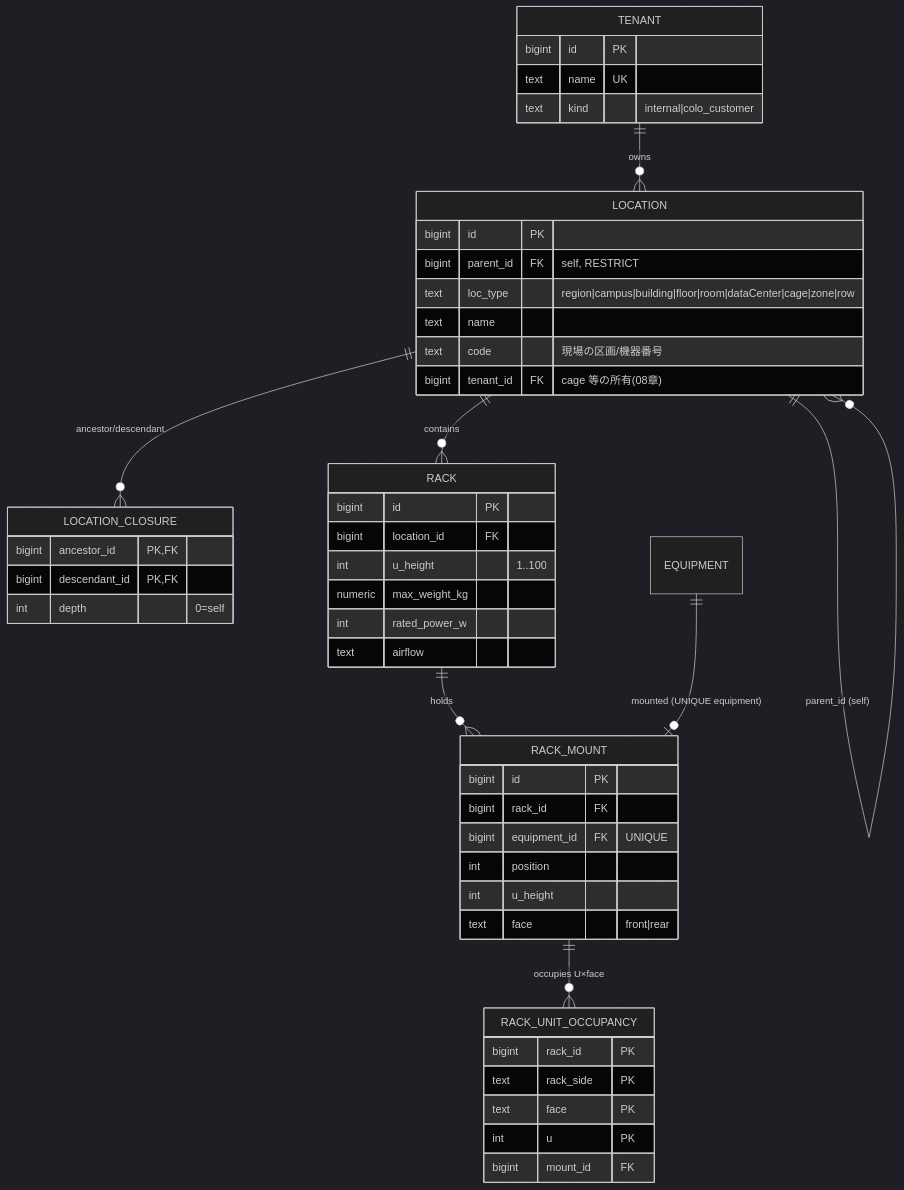
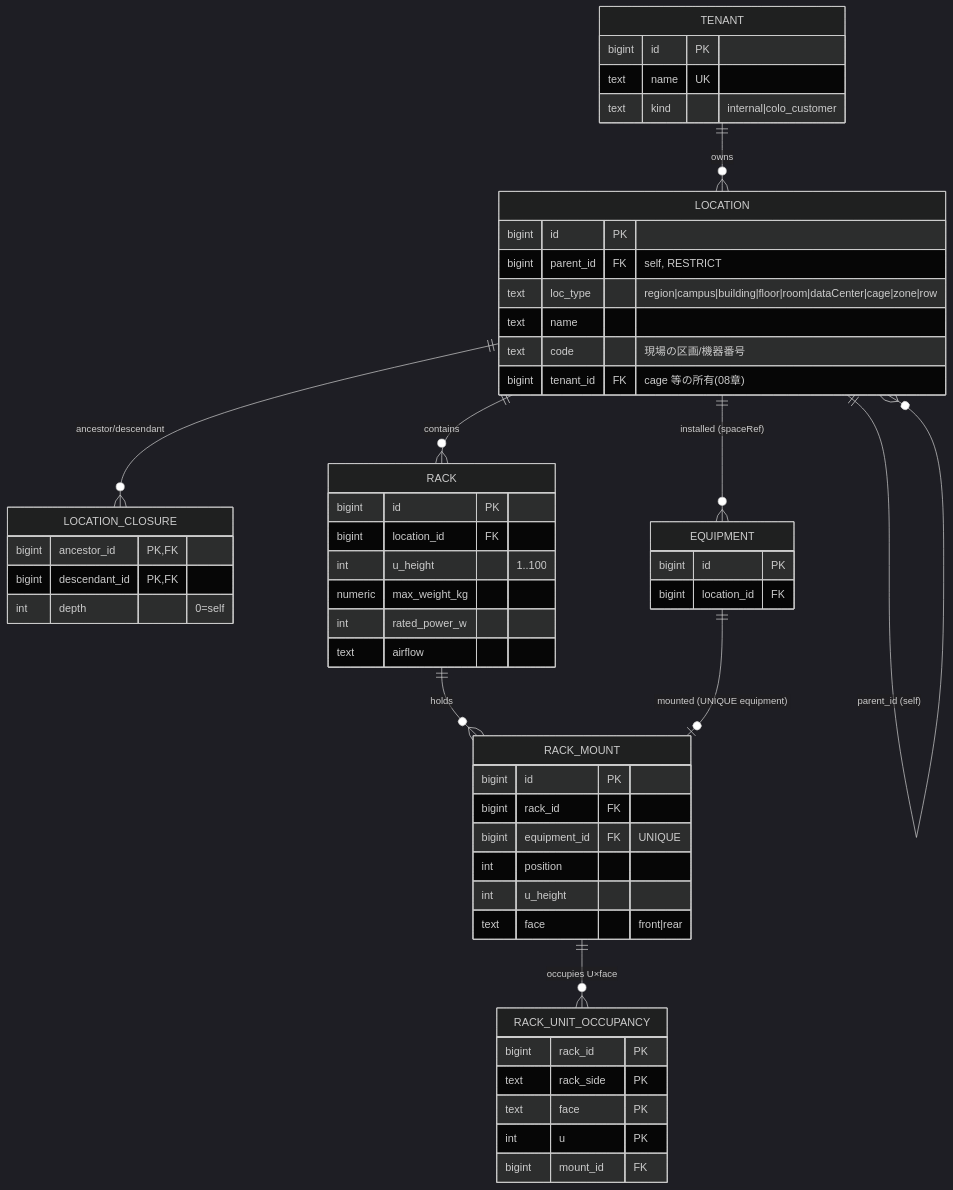
One commit to hn-11/dcim-schema-design changed the second of 9 diagrams in 03-finalists.md. Above: the diagram before and after it, drawn with Mermaid (dark theme). The commit also changed other lines of this file and 13 other files, not shown here.

````diff
--- a/03-finalists.md
+++ b/03-finalists.md
@@ -69,52 +101,57 @@
 ```mermaid
 erDiagram
     TENANT ||--o{ LOCATION : owns
     LOCATION ||--o{ LOCATION : "parent_id (self)"
     LOCATION ||--o{ LOCATION_CLOSURE : "ancestor/descendant"
     LOCATION ||--o{ RACK : contains
+    LOCATION ||--o{ EQUIPMENT : "installed (spaceRef)"
     RACK ||--o{ RACK_MOUNT : holds
     EQUIPMENT ||--o| RACK_MOUNT : "mounted (UNIQUE equipment)"
     RACK_MOUNT ||--o{ RACK_UNIT_OCCUPANCY : "occupies U×face"
 
     TENANT {
         bigint id PK
         text name UK
         text kind "internal|colo_customer"
     }
     LOCATION {
         bigint id PK
         bigint parent_id FK "self, RESTRICT"
         text loc_type "region|campus|building|floor|room|dataCenter|cage|zone|row"
         text name
         text code "現場の区画/機器番号"
         bigint tenant_id FK "cage 等の所有(08章)"
     }
     LOCATION_CLOSURE {
         bigint ancestor_id PK,FK
         bigint descendant_id PK,FK
         int depth "0=self"
     }
     RACK {
         bigint id PK
         bigint location_id FK
         int u_height "1..100"
         numeric max_weight_kg
         int rated_power_w
         text airflow
     }
+    EQUIPMENT {
+        bigint id PK
+        bigint location_id FK
+    }
     RACK_MOUNT {
         bigint id PK
         bigint rack_id FK
         bigint equipment_id FK "UNIQUE"
         int position
         int u_height
         text face "front|rear"
     }
     RACK_UNIT_OCCUPANCY {
         bigint rack_id PK
         text rack_side PK
         text face PK
         int u PK
         bigint mount_id FK
     }
 ```
````
